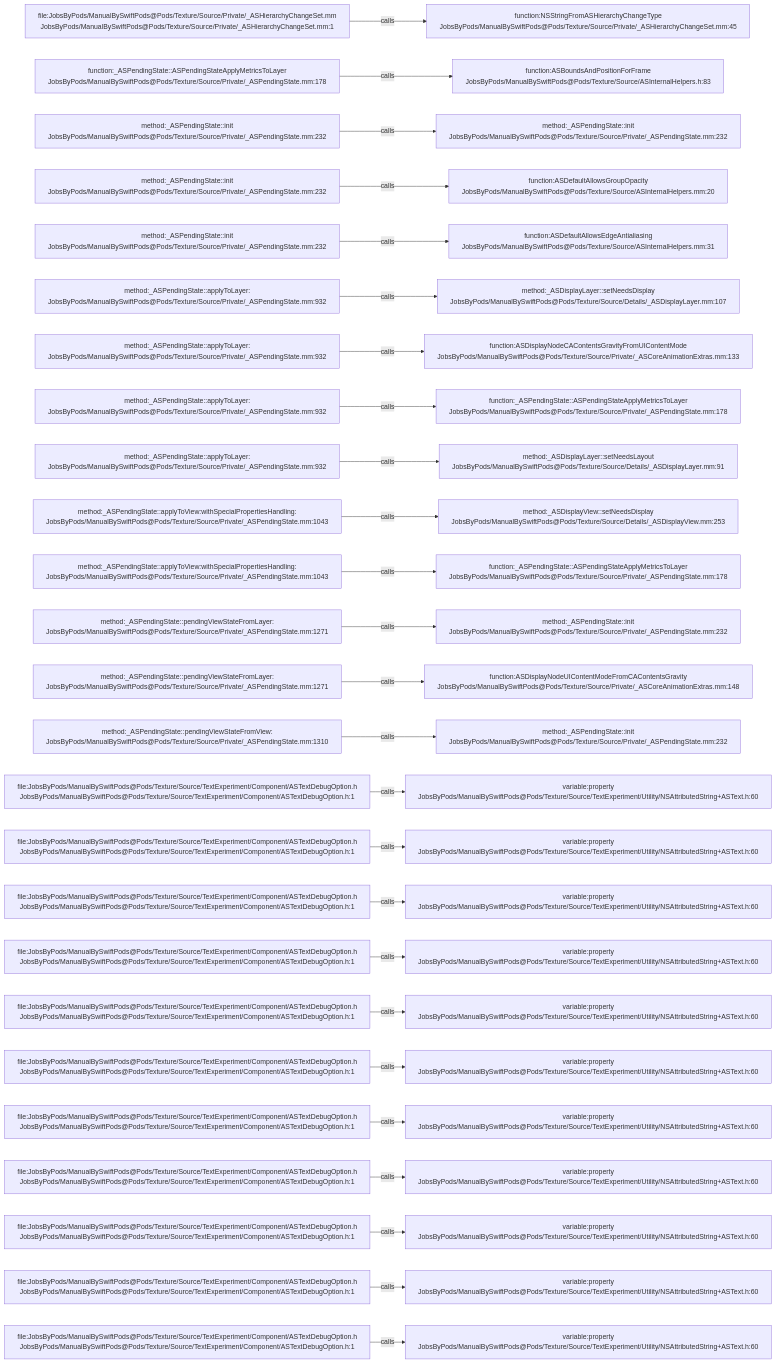
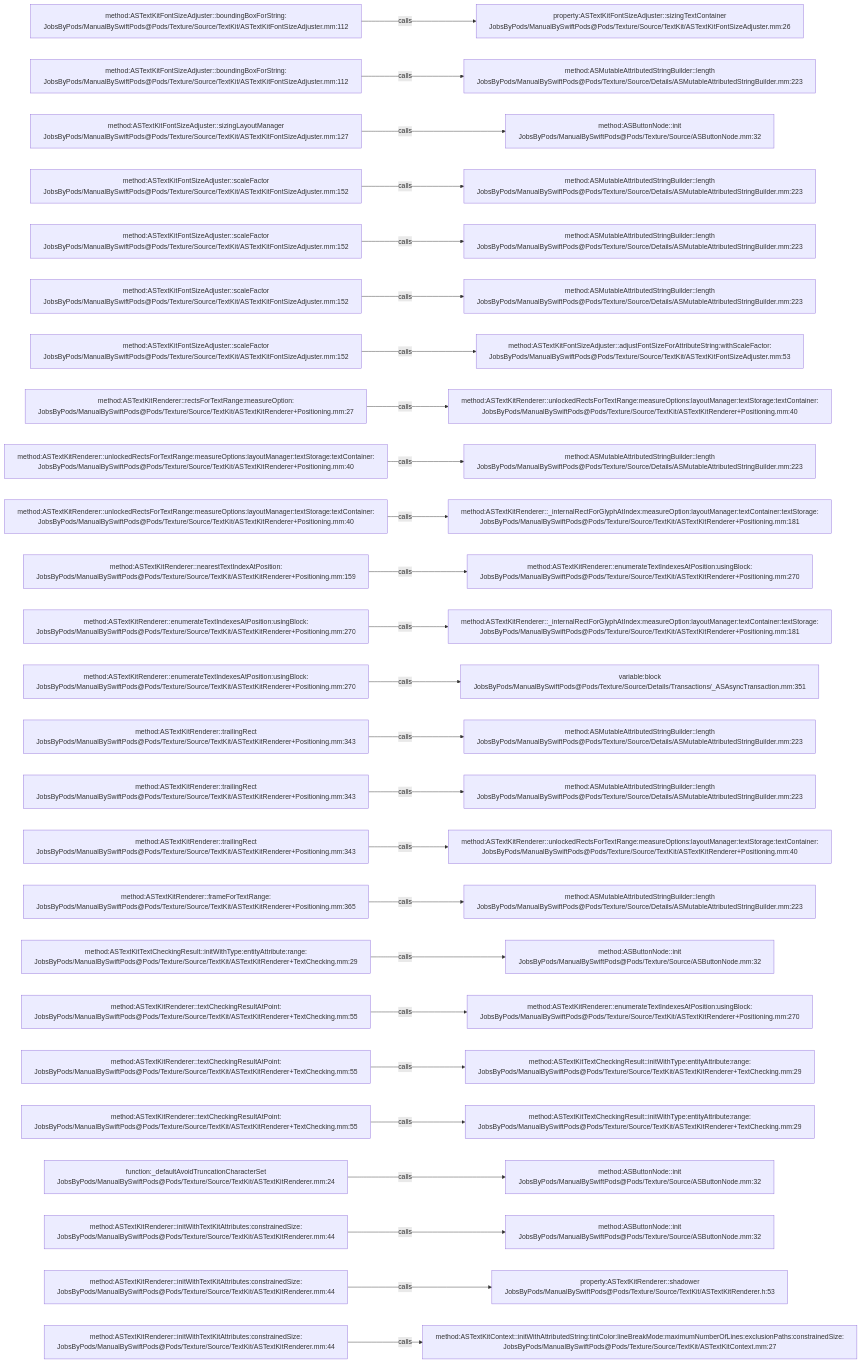
Before and after one commit to JobsKits/JobsSwiftBaseConfigDemo: the diagram in .codegraph/codegraph.md/graphs/calls-149.md, drawn with Mermaid. The commit also changed 832 other files, not shown here.

````diff
--- a/.codegraph/codegraph.md/graphs/calls-149.md
+++ b/.codegraph/codegraph.md/graphs/calls-149.md
@@ -13,78 +13,78 @@
 ```mermaid
 flowchart LR
-  S1["file:JobsByPods/ManualBySwiftPods@Pods/Texture/Source/Private/_ASHierarchyChangeSet.mm<br/>JobsByPods/ManualBySwiftPods@Pods/Texture/Source/Private/_ASHierarchyChangeSet.mm:1"]
-  T1["function:NSStringFromASHierarchyChangeType<br/>JobsByPods/ManualBySwiftPods@Pods/Texture/Source/Private/_ASHierarchyChangeSet.mm:45"]
+  S1["method:ASTextKitFontSizeAdjuster::boundingBoxForString:<br/>JobsByPods/ManualBySwiftPods@Pods/Texture/Source/TextKit/ASTextKitFontSizeAdjuster.mm:112"]
+  T1["property:ASTextKitFontSizeAdjuster::sizingTextContainer<br/>JobsByPods/ManualBySwiftPods@Pods/Texture/Source/TextKit/ASTextKitFontSizeAdjuster.mm:26"]
   S1 -->|calls| T1
-  S2["function:_ASPendingState::ASPendingStateApplyMetricsToLayer<br/>JobsByPods/ManualBySwiftPods@Pods/Texture/Source/Private/_ASPendingState.mm:178"]
-  T2["function:ASBoundsAndPositionForFrame<br/>JobsByPods/ManualBySwiftPods@Pods/Texture/Source/ASInternalHelpers.h:83"]
+  S2["method:ASTextKitFontSizeAdjuster::boundingBoxForString:<br/>JobsByPods/ManualBySwiftPods@Pods/Texture/Source/TextKit/ASTextKitFontSizeAdjuster.mm:112"]
+  T2["method:ASMutableAttributedStringBuilder::length<br/>JobsByPods/ManualBySwiftPods@Pods/Texture/Source/Details/ASMutableAttributedStringBuilder.mm:223"]
   S2 -->|calls| T2
-  S3["method:_ASPendingState::init<br/>JobsByPods/ManualBySwiftPods@Pods/Texture/Source/Private/_ASPendingState.mm:232"]
-  T3["method:_ASPendingState::init<br/>JobsByPods/ManualBySwiftPods@Pods/Texture/Source/Private/_ASPendingState.mm:232"]
+  S3["method:ASTextKitFontSizeAdjuster::sizingLayoutManager<br/>JobsByPods/ManualBySwiftPods@Pods/Texture/Source/TextKit/ASTextKitFontSizeAdjuster.mm:127"]
+  T3["method:ASButtonNode::init<br/>JobsByPods/ManualBySwiftPods@Pods/Texture/Source/ASButtonNode.mm:32"]
   S3 -->|calls| T3
-  S4["method:_ASPendingState::init<br/>JobsByPods/ManualBySwiftPods@Pods/Texture/Source/Private/_ASPendingState.mm:232"]
-  T4["function:ASDefaultAllowsGroupOpacity<br/>JobsByPods/ManualBySwiftPods@Pods/Texture/Source/ASInternalHelpers.mm:20"]
+  S4["method:ASTextKitFontSizeAdjuster::scaleFactor<br/>JobsByPods/ManualBySwiftPods@Pods/Texture/Source/TextKit/ASTextKitFontSizeAdjuster.mm:152"]
+  T4["method:ASMutableAttributedStringBuilder::length<br/>JobsByPods/ManualBySwiftPods@Pods/Texture/Source/Details/ASMutableAttributedStringBuilder.mm:223"]
   S4 -->|calls| T4
-  S5["method:_ASPendingState::init<br/>JobsByPods/ManualBySwiftPods@Pods/Texture/Source/Private/_ASPendingState.mm:232"]
-  T5["function:ASDefaultAllowsEdgeAntialiasing<br/>JobsByPods/ManualBySwiftPods@Pods/Texture/Source/ASInternalHelpers.mm:31"]
+  S5["method:ASTextKitFontSizeAdjuster::scaleFactor<br/>JobsByPods/ManualBySwiftPods@Pods/Texture/Source/TextKit/ASTextKitFontSizeAdjuster.mm:152"]
+  T5["method:ASMutableAttributedStringBuilder::length<br/>JobsByPods/ManualBySwiftPods@Pods/Texture/Source/Details/ASMutableAttributedStringBuilder.mm:223"]
   S5 -->|calls| T5
-  S6["method:_ASPendingState::applyToLayer:<br/>JobsByPods/ManualBySwiftPods@Pods/Texture/Source/Private/_ASPendingState.mm:932"]
-  T6["method:_ASDisplayLayer::setNeedsDisplay<br/>JobsByPods/ManualBySwiftPods@Pods/Texture/Source/Details/_ASDisplayLayer.mm:107"]
+  S6["method:ASTextKitFontSizeAdjuster::scaleFactor<br/>JobsByPods/ManualBySwiftPods@Pods/Texture/Source/TextKit/ASTextKitFontSizeAdjuster.mm:152"]
+  T6["method:ASMutableAttributedStringBuilder::length<br/>JobsByPods/ManualBySwiftPods@Pods/Texture/Source/Details/ASMutableAttributedStringBuilder.mm:223"]
   S6 -->|calls| T6
-  S7["method:_ASPendingState::applyToLayer:<br/>JobsByPods/ManualBySwiftPods@Pods/Texture/Source/Private/_ASPendingState.mm:932"]
-  T7["function:ASDisplayNodeCAContentsGravityFromUIContentMode<br/>JobsByPods/ManualBySwiftPods@Pods/Texture/Source/Private/_ASCoreAnimationExtras.mm:133"]
+  S7["method:ASTextKitFontSizeAdjuster::scaleFactor<br/>JobsByPods/ManualBySwiftPods@Pods/Texture/Source/TextKit/ASTextKitFontSizeAdjuster.mm:152"]
+  T7["method:ASTextKitFontSizeAdjuster::adjustFontSizeForAttributeString:withScaleFactor:<br/>JobsByPods/ManualBySwiftPods@Pods/Texture/Source/TextKit/ASTextKitFontSizeAdjuster.mm:53"]
   S7 -->|calls| T7
-  S8["method:_ASPendingState::applyToLayer:<br/>JobsByPods/ManualBySwiftPods@Pods/Texture/Source/Private/_ASPendingState.mm:932"]
-  T8["function:_ASPendingState::ASPendingStateApplyMetricsToLayer<br/>JobsByPods/ManualBySwiftPods@Pods/Texture/Source/Private/_ASPendingState.mm:178"]
+  S8["method:ASTextKitRenderer::rectsForTextRange:measureOption:<br/>JobsByPods/ManualBySwiftPods@Pods/Texture/Source/TextKit/ASTextKitRenderer+Positioning.mm:27"]
+  T8["method:ASTextKitRenderer::unlockedRectsForTextRange:measureOptions:layoutManager:textStorage:textContainer:<br/>JobsByPods/ManualBySwiftPods@Pods/Texture/Source/TextKit/ASTextKitRenderer+Positioning.mm:40"]
   S8 -->|calls| T8
-  S9["method:_ASPendingState::applyToLayer:<br/>JobsByPods/ManualBySwiftPods@Pods/Texture/Source/Private/_ASPendingState.mm:932"]
-  T9["method:_ASDisplayLayer::setNeedsLayout<br/>JobsByPods/ManualBySwiftPods@Pods/Texture/Source/Details/_ASDisplayLayer.mm:91"]
+  S9["method:ASTextKitRenderer::unlockedRectsForTextRange:measureOptions:layoutManager:textStorage:textContainer:<br/>JobsByPods/ManualBySwiftPods@Pods/Texture/Source/TextKit/ASTextKitRenderer+Positioning.mm:40"]
+  T9["method:ASMutableAttributedStringBuilder::length<br/>JobsByPods/ManualBySwiftPods@Pods/Texture/Source/Details/ASMutableAttributedStringBuilder.mm:223"]
   S9 -->|calls| T9
-  S10["method:_ASPendingState::applyToView:withSpecialPropertiesHandling:<br/>JobsByPods/ManualBySwiftPods@Pods/Texture/Source/Private/_ASPendingState.mm:1043"]
-  T10["method:_ASDisplayView::setNeedsDisplay<br/>JobsByPods/ManualBySwiftPods@Pods/Texture/Source/Details/_ASDisplayView.mm:253"]
+  S10["method:ASTextKitRenderer::unlockedRectsForTextRange:measureOptions:layoutManager:textStorage:textContainer:<br/>JobsByPods/ManualBySwiftPods@Pods/Texture/Source/TextKit/ASTextKitRenderer+Positioning.mm:40"]
+  T10["method:ASTextKitRenderer::_internalRectForGlyphAtIndex:measureOption:layoutManager:textContainer:textStorage:<br/>JobsByPods/ManualBySwiftPods@Pods/Texture/Source/TextKit/ASTextKitRenderer+Positioning.mm:181"]
   S10 -->|calls| T10
-  S11["method:_ASPendingState::applyToView:withSpecialPropertiesHandling:<br/>JobsByPods/ManualBySwiftPods@Pods/Texture/Source/Private/_ASPendingState.mm:1043"]
-  T11["function:_ASPendingState::ASPendingStateApplyMetricsToLayer<br/>JobsByPods/ManualBySwiftPods@Pods/Texture/Source/Private/_ASPendingState.mm:178"]
+  S11["method:ASTextKitRenderer::nearestTextIndexAtPosition:<br/>JobsByPods/ManualBySwiftPods@Pods/Texture/Source/TextKit/ASTextKitRenderer+Positioning.mm:159"]
+  T11["method:ASTextKitRenderer::enumerateTextIndexesAtPosition:usingBlock:<br/>JobsByPods/ManualBySwiftPods@Pods/Texture/Source/TextKit/ASTextKitRenderer+Positioning.mm:270"]
   S11 -->|calls| T11
-  S12["method:_ASPendingState::pendingViewStateFromLayer:<br/>JobsByPods/ManualBySwiftPods@Pods/Texture/Source/Private/_ASPendingState.mm:1271"]
-  T12["method:_ASPendingState::init<br/>JobsByPods/ManualBySwiftPods@Pods/Texture/Source/Private/_ASPendingState.mm:232"]
+  S12["method:ASTextKitRenderer::enumerateTextIndexesAtPosition:usingBlock:<br/>JobsByPods/ManualBySwiftPods@Pods/Texture/Source/TextKit/ASTextKitRenderer+Positioning.mm:270"]
+  T12["method:ASTextKitRenderer::_internalRectForGlyphAtIndex:measureOption:layoutManager:textContainer:textStorage:<br/>JobsByPods/ManualBySwiftPods@Pods/Texture/Source/TextKit/ASTextKitRenderer+Positioning.mm:181"]
   S12 -->|calls| T12
-  S13["method:_ASPendingState::pendingViewStateFromLayer:<br/>JobsByPods/ManualBySwiftPods@Pods/Texture/Source/Private/_ASPendingState.mm:1271"]
-  T13["function:ASDisplayNodeUIContentModeFromCAContentsGravity<br/>JobsByPods/ManualBySwiftPods@Pods/Texture/Source/Private/_ASCoreAnimationExtras.mm:148"]
+  S13["method:ASTextKitRenderer::enumerateTextIndexesAtPosition:usingBlock:<br/>JobsByPods/ManualBySwiftPods@Pods/Texture/Source/TextKit/ASTextKitRenderer+Positioning.mm:270"]
+  T13["variable:block<br/>JobsByPods/ManualBySwiftPods@Pods/Texture/Source/Details/Transactions/_ASAsyncTransaction.mm:351"]
   S13 -->|calls| T13
-  S14["method:_ASPendingState::pendingViewStateFromView:<br/>JobsByPods/ManualBySwiftPods@Pods/Texture/Source/Private/_ASPendingState.mm:1310"]
-  T14["method:_ASPendingState::init<br/>JobsByPods/ManualBySwiftPods@Pods/Texture/Source/Private/_ASPendingState.mm:232"]
+  S14["method:ASTextKitRenderer::trailingRect<br/>JobsByPods/ManualBySwiftPods@Pods/Texture/Source/TextKit/ASTextKitRenderer+Positioning.mm:343"]
+  T14["method:ASMutableAttributedStringBuilder::length<br/>JobsByPods/ManualBySwiftPods@Pods/Texture/Source/Details/ASMutableAttributedStringBuilder.mm:223"]
   S14 -->|calls| T14
-  S15["file:JobsByPods/ManualBySwiftPods@Pods/Texture/Source/TextExperiment/Component/ASTextDebugOption.h<br/>JobsByPods/ManualBySwiftPods@Pods/Texture/Source/TextExperiment/Component/ASTextDebugOption.h:1"]
-  T15["variable:property<br/>JobsByPods/ManualBySwiftPods@Pods/Texture/Source/TextExperiment/Utility/NSAttributedString+ASText.h:60"]
+  S15["method:ASTextKitRenderer::trailingRect<br/>JobsByPods/ManualBySwiftPods@Pods/Texture/Source/TextKit/ASTextKitRenderer+Positioning.mm:343"]
+  T15["method:ASMutableAttributedStringBuilder::length<br/>JobsByPods/ManualBySwiftPods@Pods/Texture/Source/Details/ASMutableAttributedStringBuilder.mm:223"]
   S15 -->|calls| T15
-  S16["file:JobsByPods/ManualBySwiftPods@Pods/Texture/Source/TextExperiment/Component/ASTextDebugOption.h<br/>JobsByPods/ManualBySwiftPods@Pods/Texture/Source/TextExperiment/Component/ASTextDebugOption.h:1"]
-  T16["variable:property<br/>JobsByPods/ManualBySwiftPods@Pods/Texture/Source/TextExperiment/Utility/NSAttributedString+ASText.h:60"]
+  S16["method:ASTextKitRenderer::trailingRect<br/>JobsByPods/ManualBySwiftPods@Pods/Texture/Source/TextKit/ASTextKitRenderer+Positioning.mm:343"]
+  T16["method:ASTextKitRenderer::unlockedRectsForTextRange:measureOptions:layoutManager:textStorage:textContainer:<br/>JobsByPods/ManualBySwiftPods@Pods/Texture/Source/TextKit/ASTextKitRenderer+Positioning.mm:40"]
   S16 -->|calls| T16
-  S17["file:JobsByPods/ManualBySwiftPods@Pods/Texture/Source/TextExperiment/Component/ASTextDebugOption.h<br/>JobsByPods/ManualBySwiftPods@Pods/Texture/Source/TextExperiment/Component/ASTextDebugOption.h:1"]
-  T17["variable:property<br/>JobsByPods/ManualBySwiftPods@Pods/Texture/Source/TextExperiment/Utility/NSAttributedString+ASText.h:60"]
+  S17["method:ASTextKitRenderer::frameForTextRange:<br/>JobsByPods/ManualBySwiftPods@Pods/Texture/Source/TextKit/ASTextKitRenderer+Positioning.mm:365"]
+  T17["method:ASMutableAttributedStringBuilder::length<br/>JobsByPods/ManualBySwiftPods@Pods/Texture/Source/Details/ASMutableAttributedStringBuilder.mm:223"]
   S17 -->|calls| T17
-  S18["file:JobsByPods/ManualBySwiftPods@Pods/Texture/Source/TextExperiment/Component/ASTextDebugOption.h<br/>JobsByPods/ManualBySwiftPods@Pods/Texture/Source/TextExperiment/Component/ASTextDebugOption.h:1"]
-  T18["variable:property<br/>JobsByPods/ManualBySwiftPods@Pods/Texture/Source/TextExperiment/Utility/NSAttributedString+ASText.h:60"]
+  S18["method:ASTextKitTextCheckingResult::initWithType:entityAttribute:range:<br/>JobsByPods/ManualBySwiftPods@Pods/Texture/Source/TextKit/ASTextKitRenderer+TextChecking.mm:29"]
+  T18["method:ASButtonNode::init<br/>JobsByPods/ManualBySwiftPods@Pods/Texture/Source/ASButtonNode.mm:32"]
   S18 -->|calls| T18
-  S19["file:JobsByPods/ManualBySwiftPods@Pods/Texture/Source/TextExperiment/Component/ASTextDebugOption.h<br/>JobsByPods/ManualBySwiftPods@Pods/Texture/Source/TextExperiment/Component/ASTextDebugOption.h:1"]
-  T19["variable:property<br/>JobsByPods/ManualBySwiftPods@Pods/Texture/Source/TextExperiment/Utility/NSAttributedString+ASText.h:60"]
+  S19["method:ASTextKitRenderer::textCheckingResultAtPoint:<br/>JobsByPods/ManualBySwiftPods@Pods/Texture/Source/TextKit/ASTextKitRenderer+TextChecking.mm:55"]
+  T19["method:ASTextKitRenderer::enumerateTextIndexesAtPosition:usingBlock:<br/>JobsByPods/ManualBySwiftPods@Pods/Texture/Source/TextKit/ASTextKitRenderer+Positioning.mm:270"]
   S19 -->|calls| T19
-  S20["file:JobsByPods/ManualBySwiftPods@Pods/Texture/Source/TextExperiment/Component/ASTextDebugOption.h<br/>JobsByPods/ManualBySwiftPods@Pods/Texture/Source/TextExperiment/Component/ASTextDebugOption.h:1"]
-  T20["variable:property<br/>JobsByPods/ManualBySwiftPods@Pods/Texture/Source/TextExperiment/Utility/NSAttributedString+ASText.h:60"]
+  S20["method:ASTextKitRenderer::textCheckingResultAtPoint:<br/>JobsByPods/ManualBySwiftPods@Pods/Texture/Source/TextKit/ASTextKitRenderer+TextChecking.mm:55"]
+  T20["method:ASTextKitTextCheckingResult::initWithType:entityAttribute:range:<br/>JobsByPods/ManualBySwiftPods@Pods/Texture/Source/TextKit/ASTextKitRenderer+TextChecking.mm:29"]
   S20 -->|calls| T20
-  S21["file:JobsByPods/ManualBySwiftPods@Pods/Texture/Source/TextExperiment/Component/ASTextDebugOption.h<br/>JobsByPods/ManualBySwiftPods@Pods/Texture/Source/TextExperiment/Component/ASTextDebugOption.h:1"]
-  T21["variable:property<br/>JobsByPods/ManualBySwiftPods@Pods/Texture/Source/TextExperiment/Utility/NSAttributedString+ASText.h:60"]
+  S21["method:ASTextKitRenderer::textCheckingResultAtPoint:<br/>JobsByPods/ManualBySwiftPods@Pods/Texture/Source/TextKit/ASTextKitRenderer+TextChecking.mm:55"]
+  T21["method:ASTextKitTextCheckingResult::initWithType:entityAttribute:range:<br/>JobsByPods/ManualBySwiftPods@Pods/Texture/Source/TextKit/ASTextKitRenderer+TextChecking.mm:29"]
   S21 -->|calls| T21
-  S22["file:JobsByPods/ManualBySwiftPods@Pods/Texture/Source/TextExperiment/Component/ASTextDebugOption.h<br/>JobsByPods/ManualBySwiftPods@Pods/Texture/Source/TextExperiment/Component/ASTextDebugOption.h:1"]
-  T22["variable:property<br/>JobsByPods/ManualBySwiftPods@Pods/Texture/Source/TextExperiment/Utility/NSAttributedString+ASText.h:60"]
+  S22["function:_defaultAvoidTruncationCharacterSet<br/>JobsByPods/ManualBySwiftPods@Pods/Texture/Source/TextKit/ASTextKitRenderer.mm:24"]
+  T22["method:ASButtonNode::init<br/>JobsByPods/ManualBySwiftPods@Pods/Texture/Source/ASButtonNode.mm:32"]
   S22 -->|calls| T22
-  S23["file:JobsByPods/ManualBySwiftPods@Pods/Texture/Source/TextExperiment/Component/ASTextDebugOption.h<br/>JobsByPods/ManualBySwiftPods@Pods/Texture/Source/TextExperiment/Component/ASTextDebugOption.h:1"]
-  T23["variable:property<br/>JobsByPods/ManualBySwiftPods@Pods/Texture/Source/TextExperiment/Utility/NSAttributedString+ASText.h:60"]
+  S23["method:ASTextKitRenderer::initWithTextKitAttributes:constrainedSize:<br/>JobsByPods/ManualBySwiftPods@Pods/Texture/Source/TextKit/ASTextKitRenderer.mm:44"]
+  T23["method:ASButtonNode::init<br/>JobsByPods/ManualBySwiftPods@Pods/Texture/Source/ASButtonNode.mm:32"]
   S23 -->|calls| T23
-  S24["file:JobsByPods/ManualBySwiftPods@Pods/Texture/Source/TextExperiment/Component/ASTextDebugOption.h<br/>JobsByPods/ManualBySwiftPods@Pods/Texture/Source/TextExperiment/Component/ASTextDebugOption.h:1"]
-  T24["variable:property<br/>JobsByPods/ManualBySwiftPods@Pods/Texture/Source/TextExperiment/Utility/NSAttributedString+ASText.h:60"]
+  S24["method:ASTextKitRenderer::initWithTextKitAttributes:constrainedSize:<br/>JobsByPods/ManualBySwiftPods@Pods/Texture/Source/TextKit/ASTextKitRenderer.mm:44"]
+  T24["property:ASTextKitRenderer::shadower<br/>JobsByPods/ManualBySwiftPods@Pods/Texture/Source/TextKit/ASTextKitRenderer.h:53"]
   S24 -->|calls| T24
-  S25["file:JobsByPods/ManualBySwiftPods@Pods/Texture/Source/TextExperiment/Component/ASTextDebugOption.h<br/>JobsByPods/ManualBySwiftPods@Pods/Texture/Source/TextExperiment/Component/ASTextDebugOption.h:1"]
-  T25["variable:property<br/>JobsByPods/ManualBySwiftPods@Pods/Texture/Source/TextExperiment/Utility/NSAttributedString+ASText.h:60"]
+  S25["method:ASTextKitRenderer::initWithTextKitAttributes:constrainedSize:<br/>JobsByPods/ManualBySwiftPods@Pods/Texture/Source/TextKit/ASTextKitRenderer.mm:44"]
+  T25["method:ASTextKitContext::initWithAttributedString:tintColor:lineBreakMode:maximumNumberOfLines:exclusionPaths:constrainedSize:<br/>JobsByPods/ManualBySwiftPods@Pods/Texture/Source/TextKit/ASTextKitContext.mm:27"]
   S25 -->|calls| T25
 ```
````
